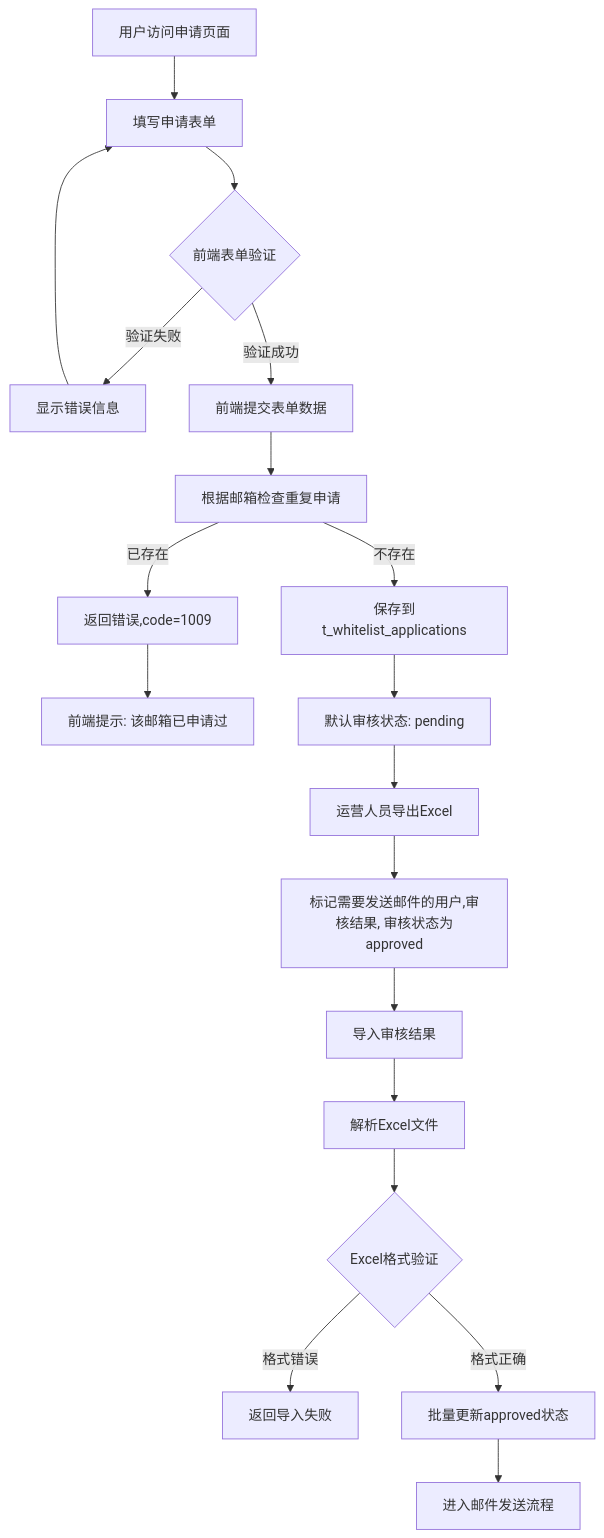
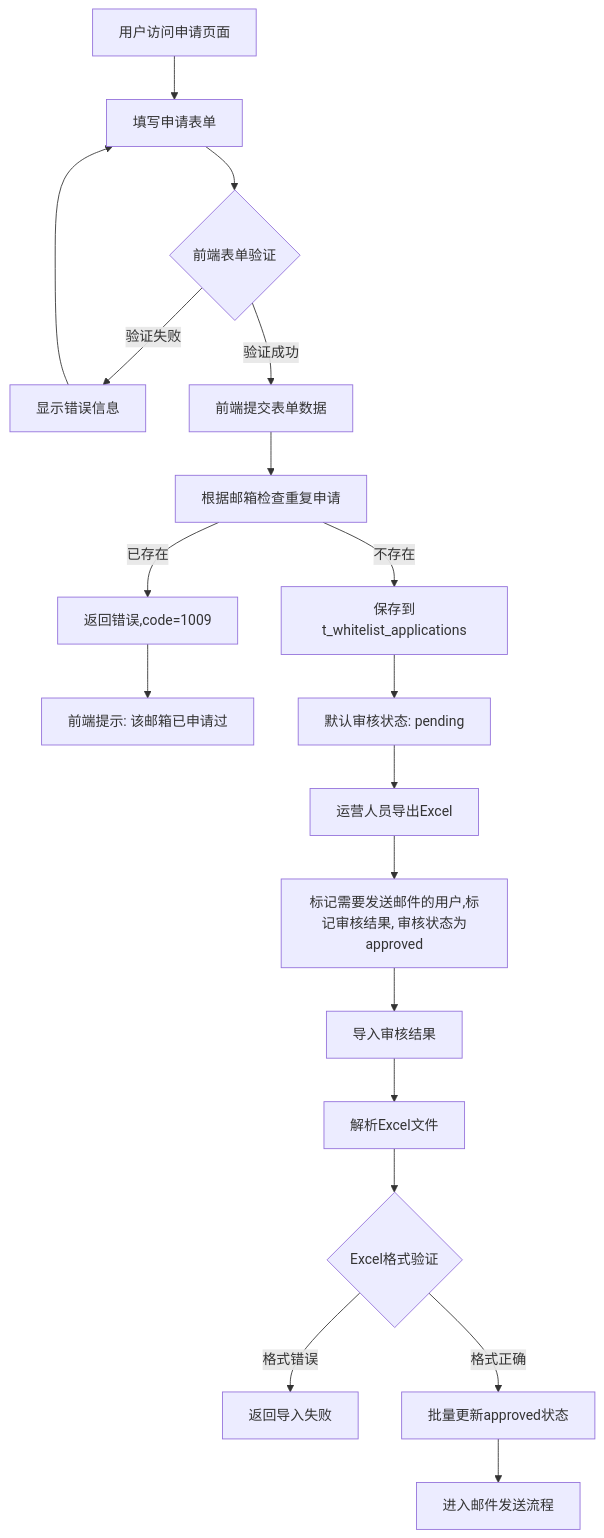
One commit to yingjianzh/iodraw-files changed the diagram in all/未命名-73.md. Above: the diagram before and after it, drawn with Mermaid.

Commit message:
2025-07-07 09:50:37 update

````diff
--- a/all/未命名-73.md
+++ b/all/未命名-73.md
@@ -1,24 +1,24 @@
 ```mermaid
 
 flowchart TD
     A[用户访问申请页面] --> B[填写申请表单]
     B --> C{前端表单验证}
     C -->|验证失败| D[显示错误信息]
     D --> B
     C -->|验证成功| E[前端提交表单数据]
     E --> F[根据邮箱检查重复申请]
     F -->|已存在| G[返回错误,code=1009]
     G --> H[前端提示: 该邮箱已申请过]
     F -->|不存在| I[保存到t_whitelist_applications]
     I --> K[默认审核状态: pending]
     
     K --> P[运营人员导出Excel]
-    P --> S[标记需要发送邮件的用户,审核结果, 审核状态为approved]
+    P --> S[标记需要发送邮件的用户,标记审核结果, 审核状态为approved]
     S --> T[导入审核结果]
     T --> T2[解析Excel文件]
     T2 --> T3{Excel格式验证}
     T3 -->|格式错误| T4[返回导入失败]
     T3 -->|格式正确| U[批量更新approved状态]
     U --> V[进入邮件发送流程]
 
 ```
````
